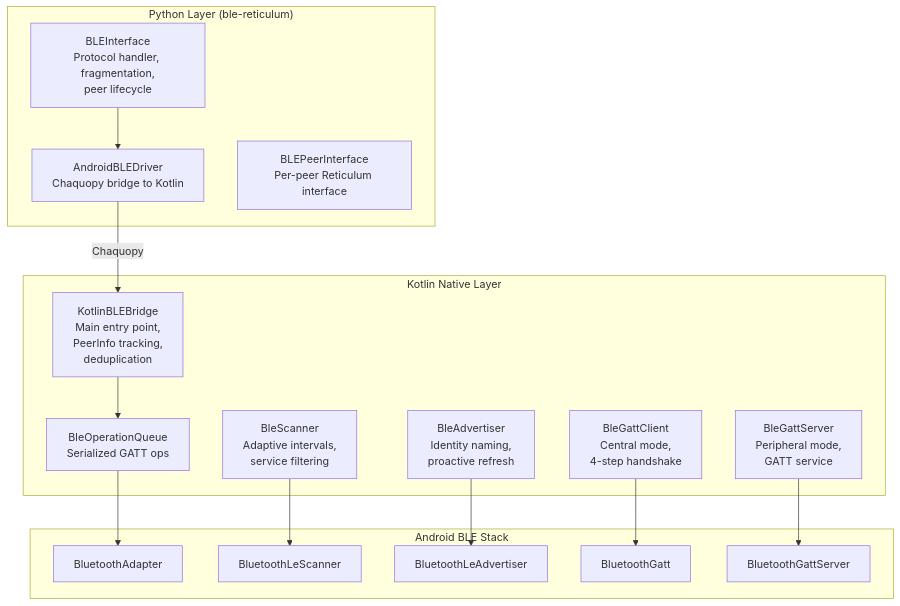
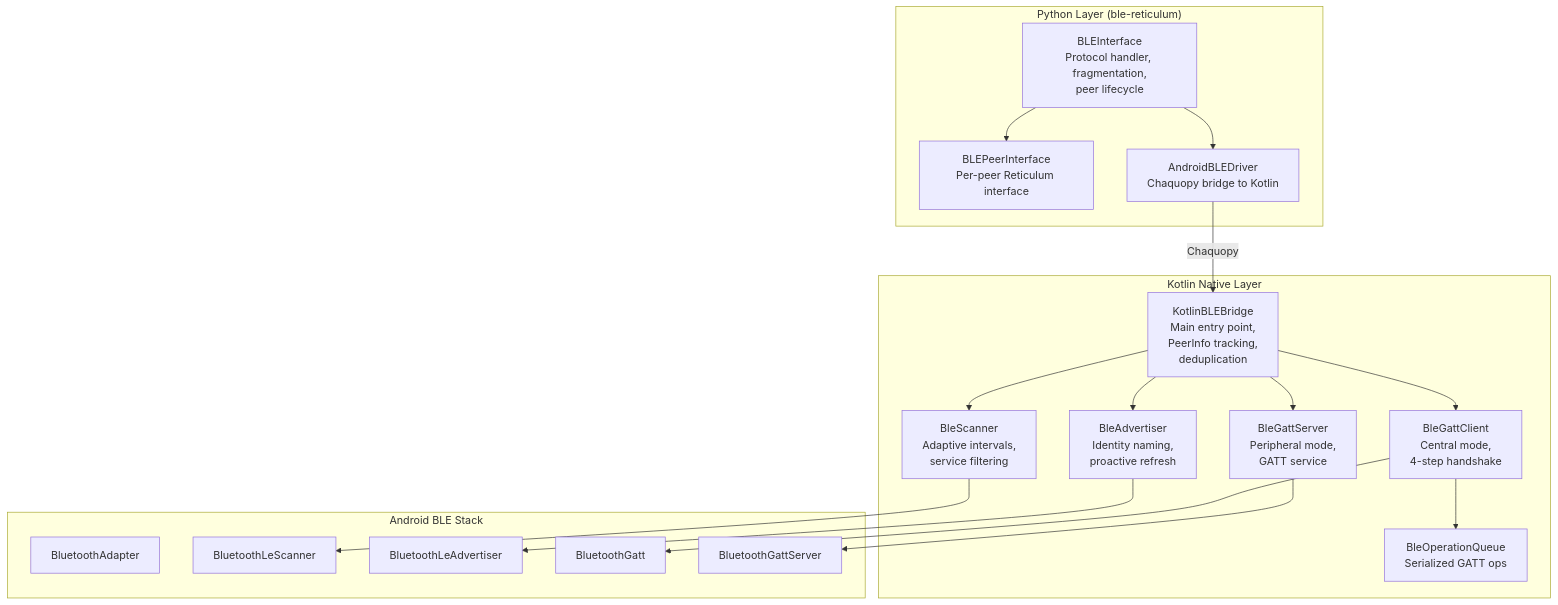
Before and after one commit to derpyspike/columba: the first of 17 diagrams in docs/ble-architecture.md, drawn with Mermaid. The commit also changed other lines of this file, not shown here.

Commit message:
docs(ble): improve architecture diagram layout and structure

````diff
--- a/docs/ble-architecture.md
+++ b/docs/ble-architecture.md
@@ -9,37 +9,38 @@
 ```mermaid
 flowchart TB
     subgraph Python["Python Layer (ble-reticulum)"]
         BLEInterface["BLEInterface<br/>Protocol handler, fragmentation,<br/>peer lifecycle"]
+        BLEPeerInterface["BLEPeerInterface<br/>Per-peer Reticulum interface"]
         AndroidDriver["AndroidBLEDriver<br/>Chaquopy bridge to Kotlin"]
-                BLEPeerInterface["BLEPeerInterface<br/>Per-peer Reticulum interface"]
-
     end
 
     subgraph Kotlin["Kotlin Native Layer"]
-        OpQueue["BleOperationQueue<br/>Serialized GATT ops"]
         Bridge["KotlinBLEBridge<br/>Main entry point,<br/>PeerInfo tracking,<br/>deduplication"]
         Scanner["BleScanner<br/>Adaptive intervals,<br/>service filtering"]
         Advertiser["BleAdvertiser<br/>Identity naming,<br/>proactive refresh"]
         GattClient["BleGattClient<br/>Central mode,<br/>4-step handshake"]
         GattServer["BleGattServer<br/>Peripheral mode,<br/>GATT service"]
+        OpQueue["BleOperationQueue<br/>Serialized GATT ops"]
     end
 
     subgraph Android["Android BLE Stack"]
-            BluetoothAdapter["BluetoothAdapter"]
-
+        BluetoothAdapter["BluetoothAdapter"]
         BluetoothLeScanner["BluetoothLeScanner"]
         BluetoothLeAdvertiser["BluetoothLeAdvertiser"]
         BluetoothGatt["BluetoothGatt"]
         BluetoothGattServer["BluetoothGattServer"]
-        
     end
 
+    BLEInterface --> BLEPeerInterface
     BLEInterface --> AndroidDriver
     AndroidDriver -->|Chaquopy| Bridge
-    Bridge --> OpQueue
-    OpQueue --> BluetoothAdapter
+    Bridge --> Scanner
+    Bridge --> Advertiser
+    Bridge --> GattClient
+    Bridge --> GattServer
+    GattClient --> OpQueue
     Scanner --> BluetoothLeScanner
     Advertiser --> BluetoothLeAdvertiser
     GattClient --> BluetoothGatt
     GattServer --> BluetoothGattServer
 ```
````
